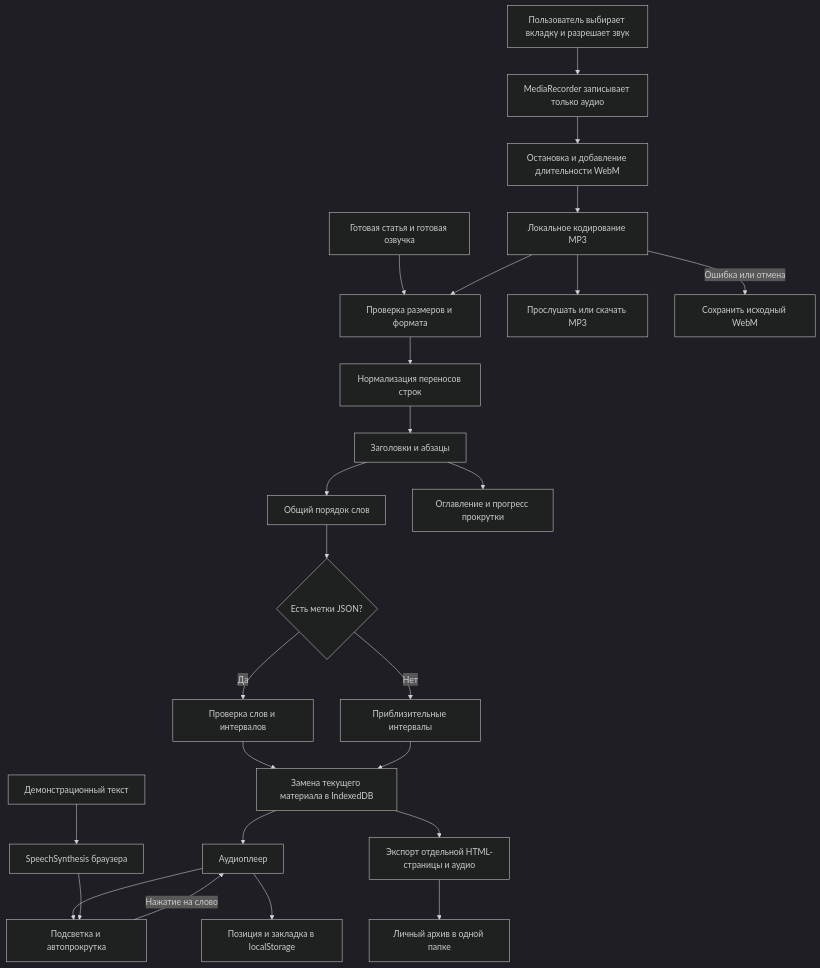
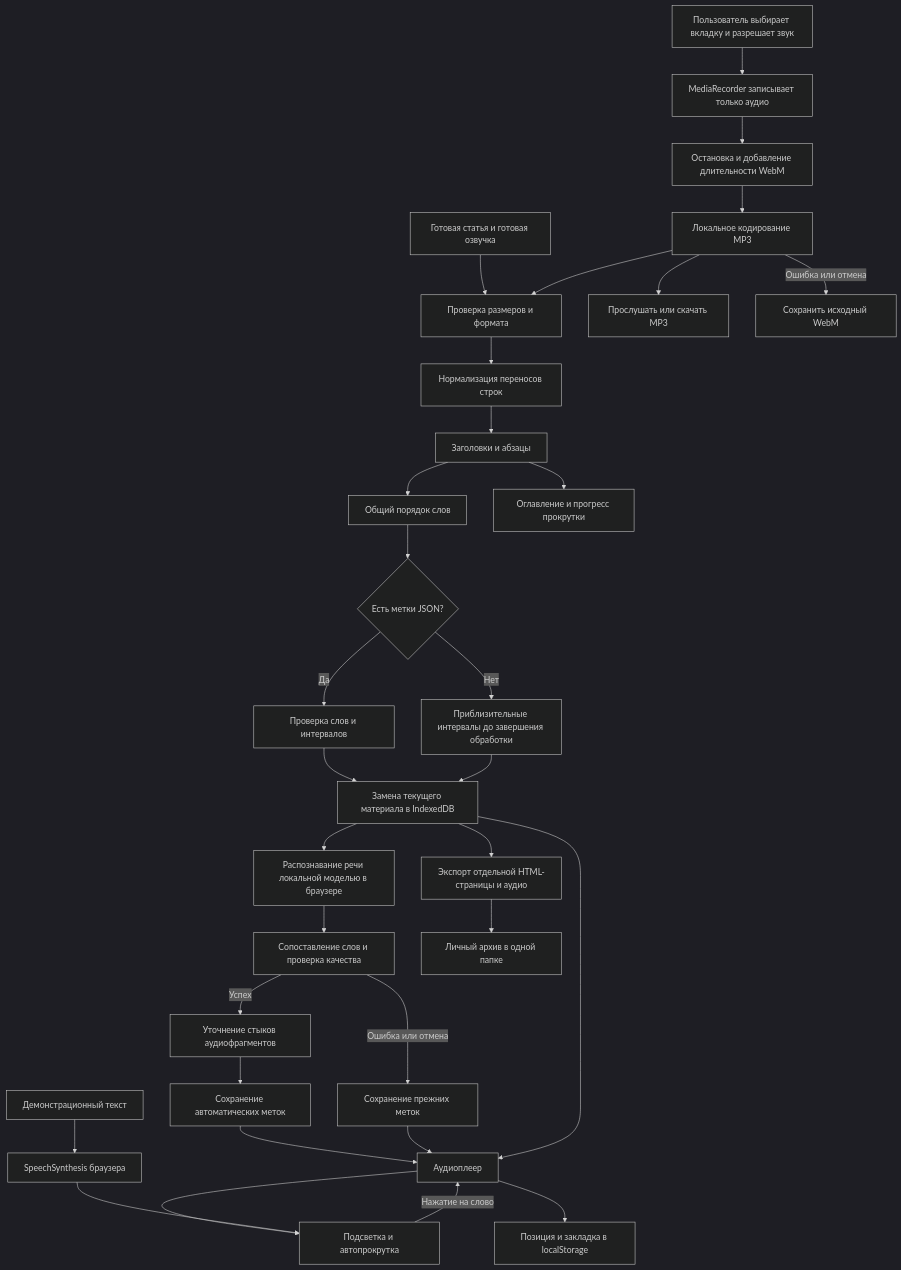
Before and after one commit to sefga/SmartReader: the diagram in app/README.md, drawn with Mermaid (dark theme). The commit also changed other lines of this file and 15 other files, not shown here.

````diff
--- a/app/README.md
+++ b/app/README.md
@@ -171,27 +174,34 @@
 ```mermaid
 flowchart TD
     A[Готовая статья и готовая озвучка] --> B[Проверка размеров и формата]
     B --> C[Нормализация переносов строк]
     C --> D[Заголовки и абзацы]
     D --> E[Общий порядок слов]
     E --> F{Есть метки JSON?}
     F -->|Да| G[Проверка слов и интервалов]
-    F -->|Нет| H[Приблизительные интервалы]
+    F -->|Нет| H[Приблизительные интервалы до завершения обработки]
     G --> I[Замена текущего материала в IndexedDB]
     H --> I
+    I --> AA[Распознавание речи локальной моделью в браузере]
+    AA --> AB[Сопоставление слов и проверка качества]
+    AB -->|Успех| AE[Уточнение стыков аудиофрагментов]
+    AE --> AC[Сохранение автоматических меток]
+    AB -->|Ошибка или отмена| AD[Сохранение прежних меток]
+    AC --> J
+    AD --> J
     I --> J[Аудиоплеер]
     J --> K[Подсветка и автопрокрутка]
     K -->|Нажатие на слово| J
     J --> L[Позиция и закладка в localStorage]
     D --> M[Оглавление и прогресс прокрутки]
     N[Демонстрационный текст] --> O[SpeechSynthesis браузера]
     O --> K
     P[Пользователь выбирает вкладку и разрешает звук] --> Q[MediaRecorder записывает только аудио]
     Q --> R[Остановка и добавление длительности WebM]
     R --> V[Локальное кодирование MP3]
     V --> S[Прослушать или скачать MP3]
     V --> B
     V -->|Ошибка или отмена| W[Сохранить исходный WebM]
     I --> T[Экспорт отдельной HTML-страницы и аудио]
     T --> U[Личный архив в одной папке]
 ```
````
